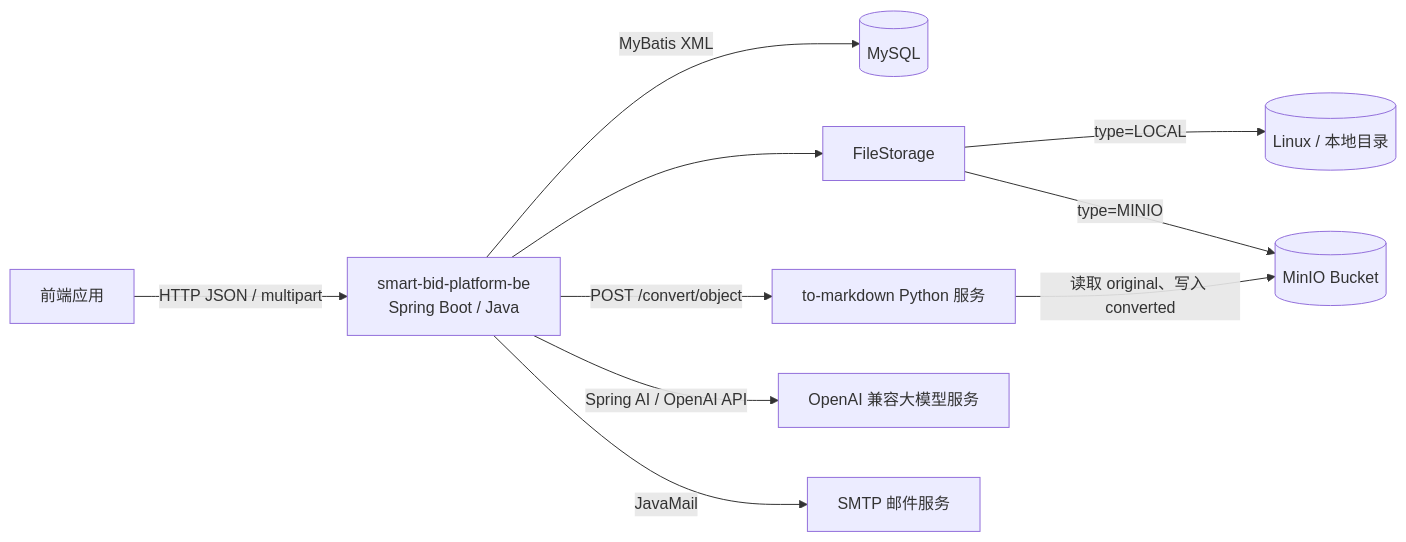
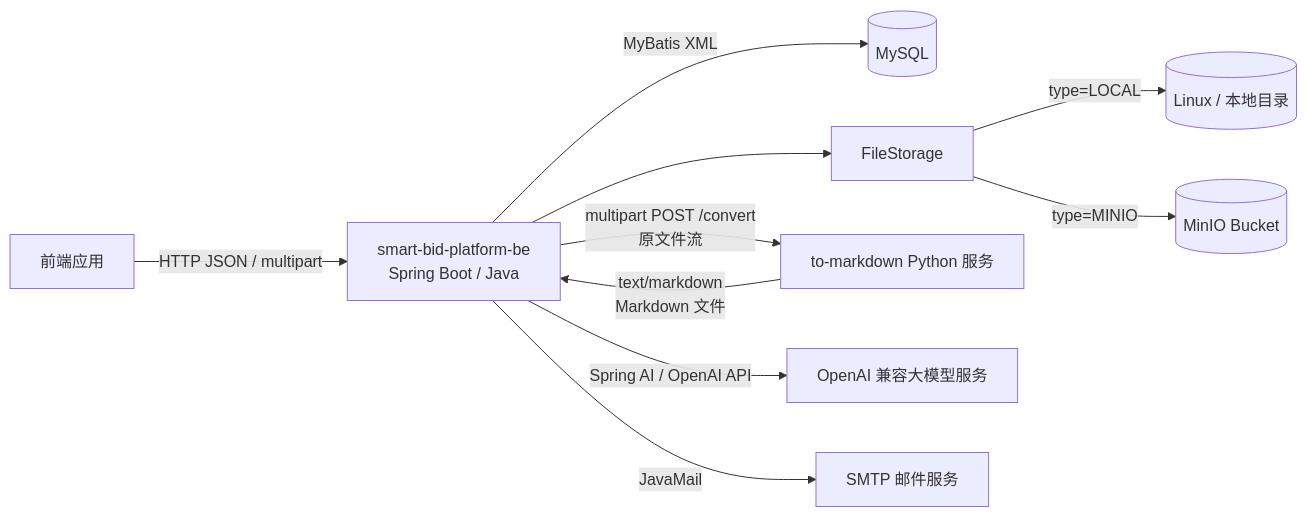
One commit to Jianshi-Lu/smart-bid-platform-be changed the first of 10 diagrams in docs/architecture.md. Above: the diagram before and after it, drawn with Mermaid. The commit also changed other lines of this file and 15 other files, not shown here.

First line of the commit message:
refactor(资信转换): 改为 Java 编排 multipart Markdown 转换

````diff
--- a/docs/architecture.md
+++ b/docs/architecture.md
@@ -20,22 +20,22 @@
 ```mermaid
 flowchart LR
     FE["前端应用"]
     JAVA["smart-bid-platform-be<br/>Spring Boot / Java"]
     MYSQL[("MySQL")]
     STORE["FileStorage"]
     LOCAL[("Linux / 本地目录")]
     MINIO[("MinIO Bucket")]
     PY["to-markdown Python 服务"]
     LLM["OpenAI 兼容大模型服务"]
     SMTP["SMTP 邮件服务"]
 
     FE -->|"HTTP JSON / multipart"| JAVA
     JAVA -->|"MyBatis XML"| MYSQL
     JAVA --> STORE
     STORE -->|"type=LOCAL"| LOCAL
     STORE -->|"type=MINIO"| MINIO
-    JAVA -->|"POST /convert/object"| PY
-    PY -->|"读取 original、写入 converted"| MINIO
+    JAVA -->|"multipart POST /convert<br/>原文件流"| PY
+    PY -->|"text/markdown<br/>Markdown 文件"| JAVA
     JAVA -->|"Spring AI / OpenAI API"| LLM
     JAVA -->|"JavaMail"| SMTP
 ```
````
